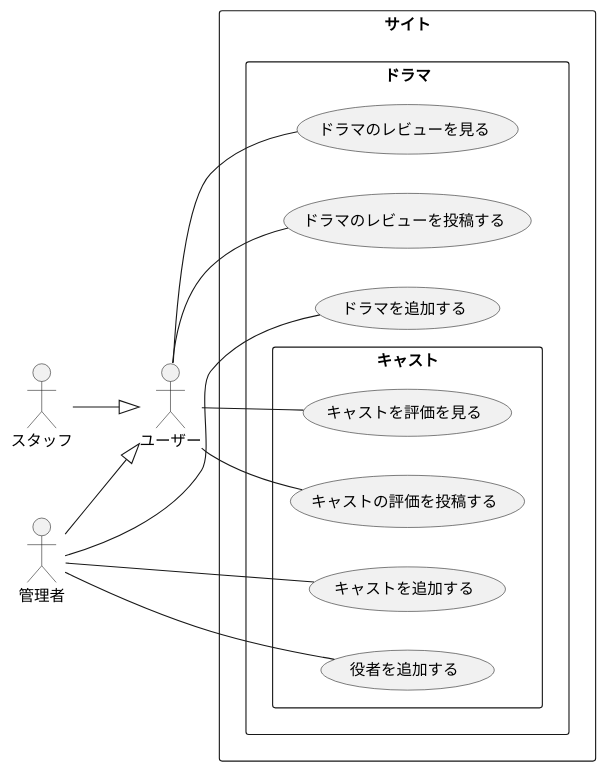
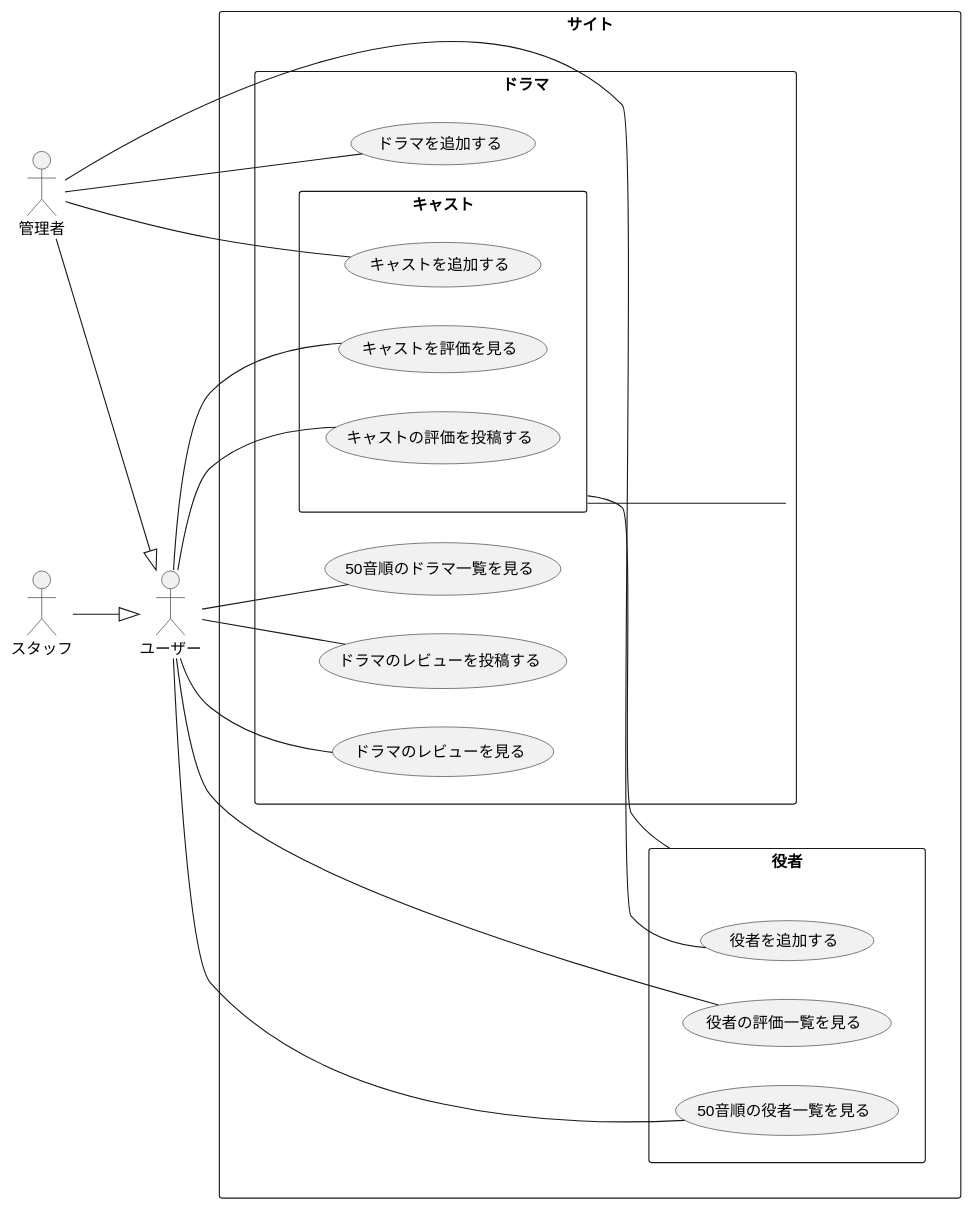
One commit to mediascience-gk/dramafam-by-nest-next changed the diagram in docs/usecase-diagram.md. Above: the diagram before and after it, drawn with PlantUML.

Commit message:
Modified usecase diagram

````diff
--- a/docs/usecase-diagram.md
+++ b/docs/usecase-diagram.md
@@ -1,29 +1,39 @@
 ```plantuml
 @startuml
 left to right direction
 actor "ユーザー" as user
 actor "管理者" as admin
 actor "スタッフ" as staff
 rectangle サイト {
     rectangle ドラマ {
+        usecase (50音順のドラマ一覧を見る) as showDramaList
         usecase (ドラマを追加する) as addDrama
         usecase (ドラマのレビューを見る) as showDramaReview
         usecase (ドラマのレビューを投稿する) as postDramaReview
         rectangle キャスト {
             usecase (キャストを評価を見る) as showCastReputation
             usecase (キャストを追加する) as addCast
             usecase (キャストの評価を投稿する) as addCastReputation
-            usecase (役者を追加する) as addActor
         }
     }
+    rectangle 役者 {
+        usecase (50音順の役者一覧を見る) as showActorList
+        usecase (役者の評価一覧を見る) as showActorReputationList
+        usecase (役者を追加する) as addActor
+    }
 }
+キャスト -- 役者
+キャスト -- ドラマ
+admin --|> user
+staff --|> user
 user -- showDramaReview
 user -- postDramaReview
 user -- showCastReputation
 user -- addCastReputation
+user -- showDramaList
+user -- showActorList
+user -- showActorReputationList
 admin -- addDrama
 admin -- addCast
 admin -- addActor
-admin --|> user
-staff --|> user
 ```
````
